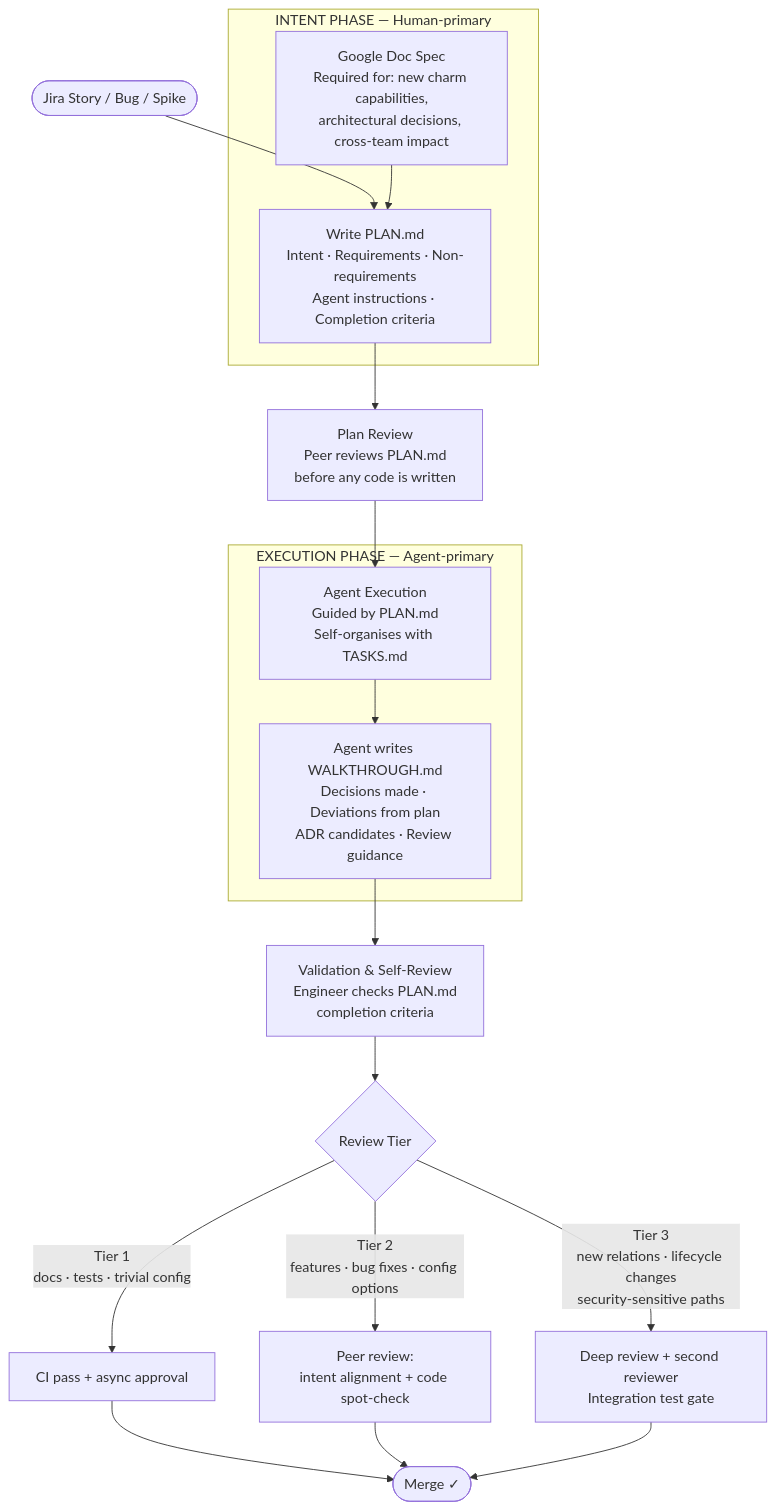
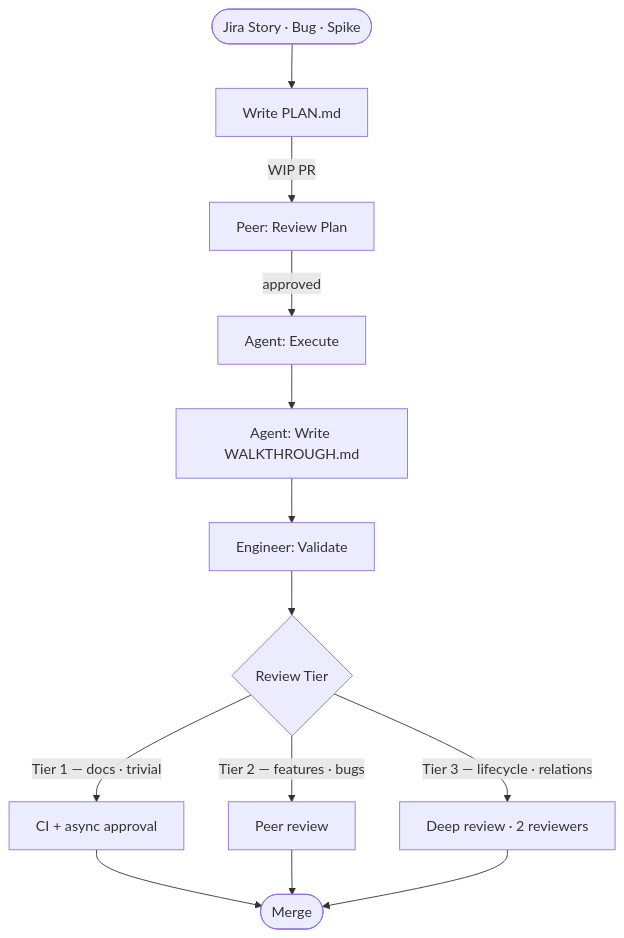
Before and after one commit to srbouffard/agentic-workflow: the first of 2 diagrams in brainstorm/synthesis/report.md, drawn with Mermaid. The commit also changed other lines of this file, not shown here.

````diff
--- a/brainstorm/synthesis/report.md
+++ b/brainstorm/synthesis/report.md
@@ -48,29 +48,17 @@
 ```mermaid
 flowchart TD
-    A([Jira Story / Bug / Spike]) --> B
+    A([Jira Story · Bug · Spike])
 
-    subgraph intent [" INTENT PHASE — Human-primary "]
-        B[Write PLAN.md\nIntent · Requirements · Non-requirements\nAgent instructions · Completion criteria]
-        S[Google Doc Spec\nRequired for: new charm capabilities,\narchitectural decisions, cross-team impact]
-        S --> B
-    end
+    A --> B[Write PLAN.md]
+    B -->|WIP PR| C[Peer: Review Plan]
+    C -->|approved| D[Agent: Execute]
+    D --> E[Agent: Write WALKTHROUGH.md]
+    E --> F[Engineer: Validate]
+    F --> G{Review Tier}
 
-    B --> PR[Plan Review\nPeer reviews PLAN.md\nbefore any code is written]
+    G -->|Tier 1 — docs · trivial| H[CI + async approval]
+    G -->|Tier 2 — features · bugs| I[Peer review]
+    G -->|Tier 3 — lifecycle · relations| J[Deep review · 2 reviewers]
 
-    PR --> C
-
-    subgraph exec [" EXECUTION PHASE — Agent-primary "]
-        C[Agent Execution\nGuided by PLAN.md\nSelf-organises with TASKS.md]
-        C --> W[Agent writes WALKTHROUGH.md\nDecisions made · Deviations from plan\nADR candidates · Review guidance]
-    end
-
-    W --> D[Validation & Self-Review\nEngineer checks PLAN.md\ncompletion criteria]
-
-    D --> T{Review Tier}
-
-    T -- Tier 1\ndocs · tests · trivial config --> T1[CI pass + async approval]
-    T -- Tier 2\nfeatures · bug fixes · config options --> T2[Peer review:\nintent alignment + code spot-check]
-    T -- Tier 3\nnew relations · lifecycle changes\nsecurity-sensitive paths --> T3[Deep review + second reviewer\nIntegration test gate]
-
-    T1 & T2 & T3 --> M([Merge ✓])
+    H & I & J --> K([Merge])
 ```
````
